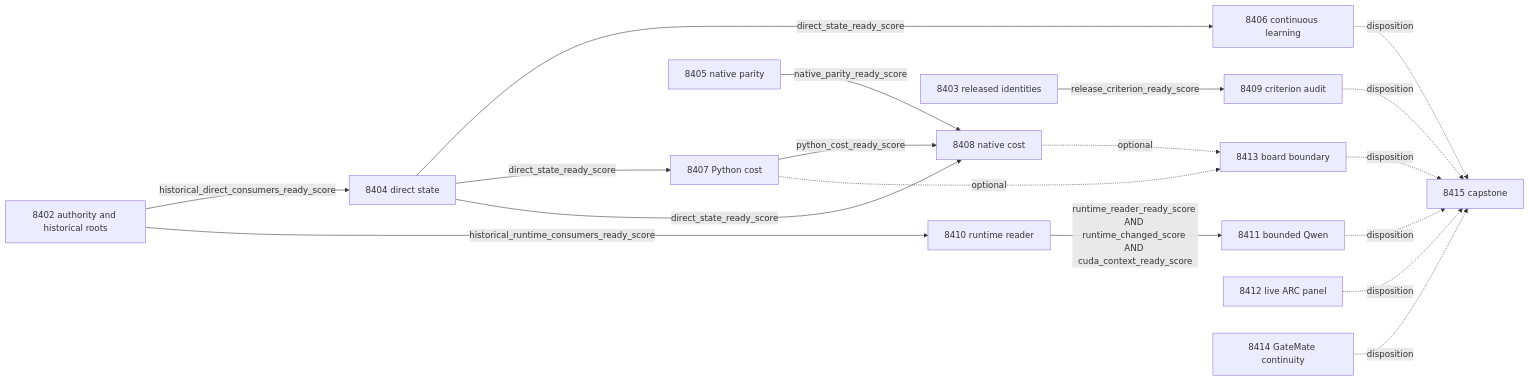
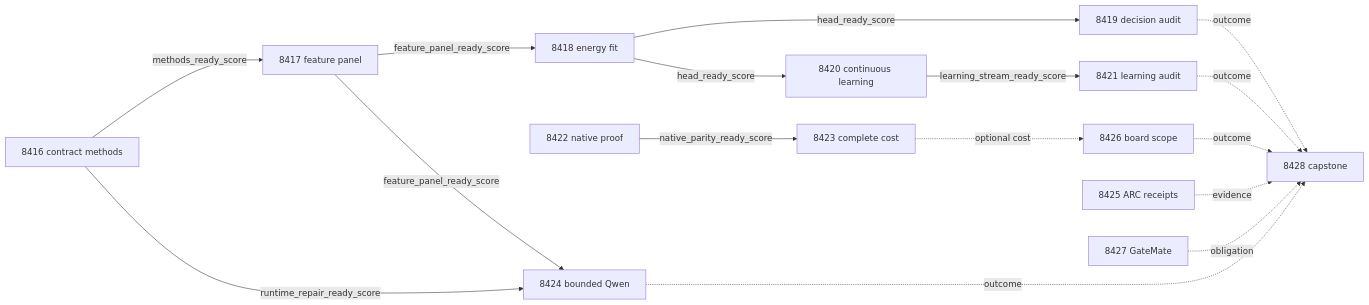
Before and after one commit to Carnot-EBM/carnot-ebm: the second of 2 diagrams in openspec/change-proposals/research-roadmap-vNEXT.md, drawn with Mermaid. The commit also changed other lines of this file and 17 other files, not shown here.

````diff
--- a/openspec/change-proposals/research-roadmap-vNEXT.md
+++ b/openspec/change-proposals/research-roadmap-vNEXT.md
@@ -130,20 +263,18 @@
 ```mermaid
 flowchart LR
-    E8402[8402 authority and historical roots] -->|historical_direct_consumers_ready_score| E8404[8404 direct state]
-    E8402 -->|historical_runtime_consumers_ready_score| E8410[8410 runtime reader]
-    E8403[8403 released identities] -->|release_criterion_ready_score| E8409[8409 criterion audit]
-    E8404 -->|direct_state_ready_score| E8406[8406 continuous learning]
-    E8404 -->|direct_state_ready_score| E8407[8407 Python cost]
-    E8404 -->|direct_state_ready_score| E8408[8408 native cost]
-    E8405[8405 native parity] -->|native_parity_ready_score| E8408
-    E8407 -->|python_cost_ready_score| E8408
-    E8410 -->|runtime_reader_ready_score AND runtime_changed_score AND cuda_context_ready_score| E8411[8411 bounded Qwen]
-    E8407 -. optional .-> E8413[8413 board boundary]
-    E8408 -. optional .-> E8413
-    E8412[8412 live ARC panel] -. disposition .-> E8415[8415 capstone]
-    E8414[8414 GateMate continuity] -. disposition .-> E8415
-    E8413 -. disposition .-> E8415
-    E8409 -. disposition .-> E8415
-    E8406 -. disposition .-> E8415
-    E8411 -. disposition .-> E8415
+    E8416[8416 contract methods] -->|methods_ready_score| E8417[8417 feature panel]
+    E8417 -->|feature_panel_ready_score| E8418[8418 energy fit]
+    E8418 -->|head_ready_score| E8419[8419 decision audit]
+    E8418 -->|head_ready_score| E8420[8420 continuous learning]
+    E8420 -->|learning_stream_ready_score| E8421[8421 learning audit]
+    E8422[8422 native proof] -->|native_parity_ready_score| E8423[8423 complete cost]
+    E8416 -->|runtime_repair_ready_score| E8424[8424 bounded Qwen]
+    E8417 -->|feature_panel_ready_score| E8424
+    E8423 -. optional cost .-> E8426[8426 board scope]
+    E8425[8425 ARC receipts] -. evidence .-> E8428[8428 capstone]
+    E8427[8427 GateMate] -. obligation .-> E8428
+    E8419 -. outcome .-> E8428
+    E8421 -. outcome .-> E8428
+    E8424 -. outcome .-> E8428
+    E8426 -. outcome .-> E8428
 ```
````
